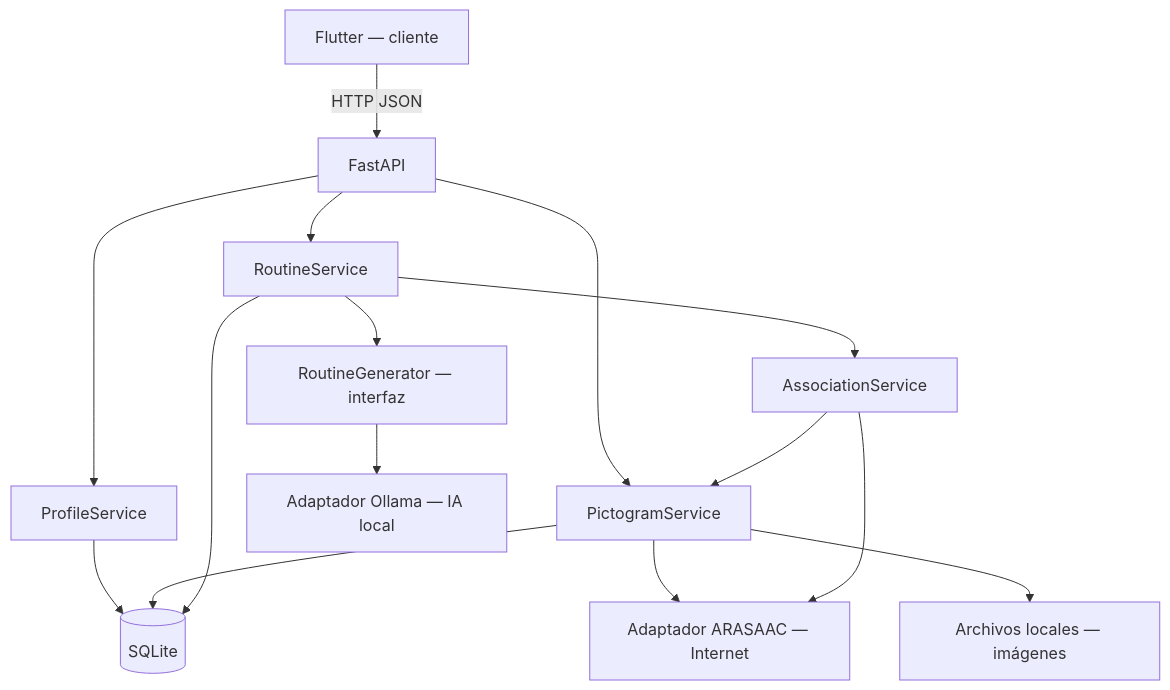
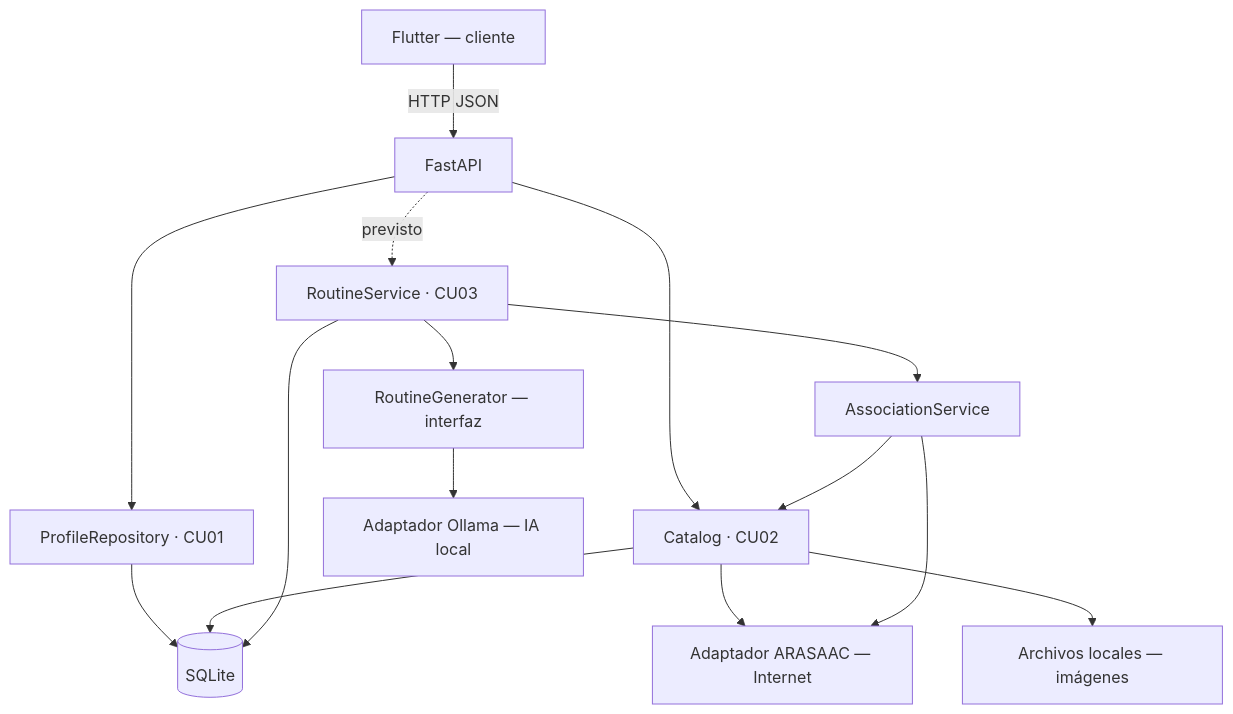
One commit to dianaquinterosg/scaa-inteligente changed the diagram in docs/architecture.md. Above: the diagram before and after it, drawn with Mermaid. The commit also changed other lines of this file and 2 other files, not shown here.

````diff
--- a/docs/architecture.md
+++ b/docs/architecture.md
@@ -7,17 +7,17 @@
 ```mermaid
 flowchart TD
     F[Flutter — cliente] -->|HTTP JSON| API[FastAPI]
-    API --> P[ProfileService]
-    API --> G[PictogramService]
-    API --> R[RoutineService]
+    API --> P[ProfileRepository · CU01]
+    API --> G[Catalog · CU02]
+    API -. previsto .-> R[RoutineService · CU03]
     R --> A[AssociationService]
     R --> I[RoutineGenerator — interfaz]
     I --> O[Adaptador Ollama — IA local]
     G --> EXT[Adaptador ARASAAC — Internet]
     A --> G
     P --> DB[(SQLite)]
     G --> DB
     R --> DB
     G --> FS[Archivos locales — imágenes]
     A --> EXT
 ```
````
